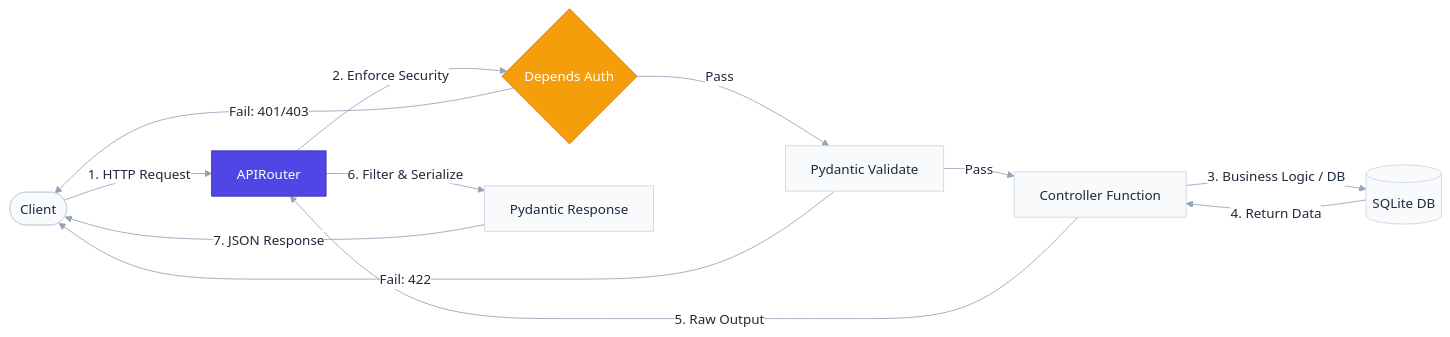
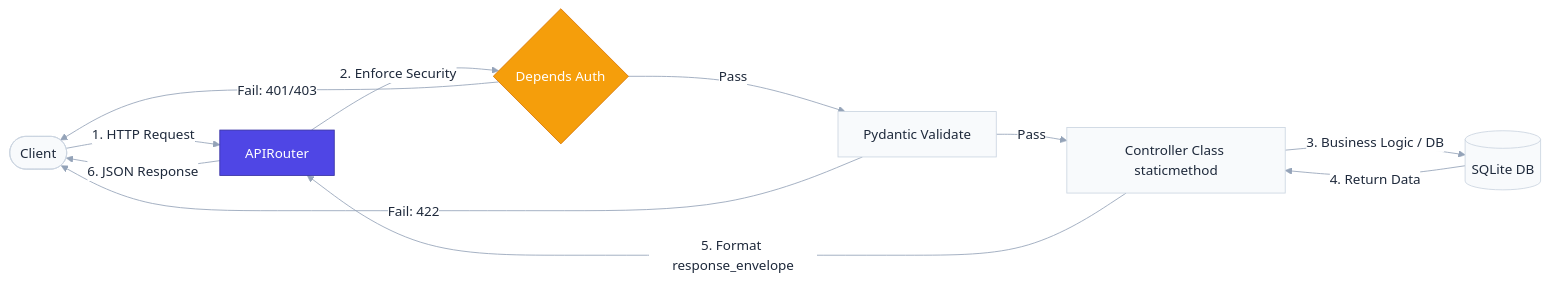
One commit to nakul-cloud/ecommerce-api changed the diagram in app/routes/README.md. Above: the diagram before and after it, drawn with Mermaid. The commit also changed other lines of this file and 22 other files, not shown here.

Commit message:
feat: scaffold API architecture with authentication, custom exceptions, controllers, and utility modules.

````diff
--- a/app/routes/README.md
+++ b/app/routes/README.md
@@ -22,18 +23,17 @@
 ```mermaid
 %%{init: {'theme': 'base', 'themeVariables': {'primaryColor': '#f8fafc', 'primaryTextColor': '#1e293b', 'primaryBorderColor': '#cbd5e1', 'lineColor': '#94a3b8', 'secondaryColor': '#10b981', 'tertiaryColor': '#f59e0b', 'background': '#ffffff', 'mainBkg': '#f8fafc', 'nodeBorder': '#cbd5e1', 'nodeTextColor': '#e9ff89ff', 'textColor': '#1e293b', 'titleColor': '#ffffff', 'edgeLabelBackground': '#ffffff', 'clusterBkg': '#f1f5f9', 'clusterBorder': '#cbd5e1', 'actorBkg': '#f8fafc', 'actorBorder': '#cbd5e1', 'actorTextColor': '#1e293b', 'signalColor': '#4f46e5', 'signalTextColor': '#ffffff', 'noteBkgColor': '#fef08a', 'noteBorderColor': '#facc15', 'noteTextColor': '#713f12'}}}%%
 flowchart LR
     Client([Client]) -->|1. HTTP Request| Router[APIRouter]
     Router -->|2. Enforce Security| Auth{Depends Auth}
     Auth -->|Fail: 401/403| Client
     Auth -->|Pass| Schema[Pydantic Validate]
     Schema -->|Fail: 422| Client
-    Schema -->|Pass| Controller[Controller Function]
+    Schema -->|Pass| Controller[Controller Class staticmethod]
     Controller -->|3. Business Logic / DB| DB[(SQLite DB)]
     DB -->|4. Return Data| Controller
-    Controller -->|5. Raw Output| Router
-    Router -->|6. Filter & Serialize| Response[Pydantic Response]
-    Response -->|7. JSON Response| Client
+    Controller -->|5. Format response_envelope| Router
+    Router -->|6. JSON Response| Client
     
     style Router fill:#4f46e5,stroke:#3730a3,color:#ffffff
     style Auth fill:#f59e0b,stroke:#d97706,color:#ffffff
 ```
````
